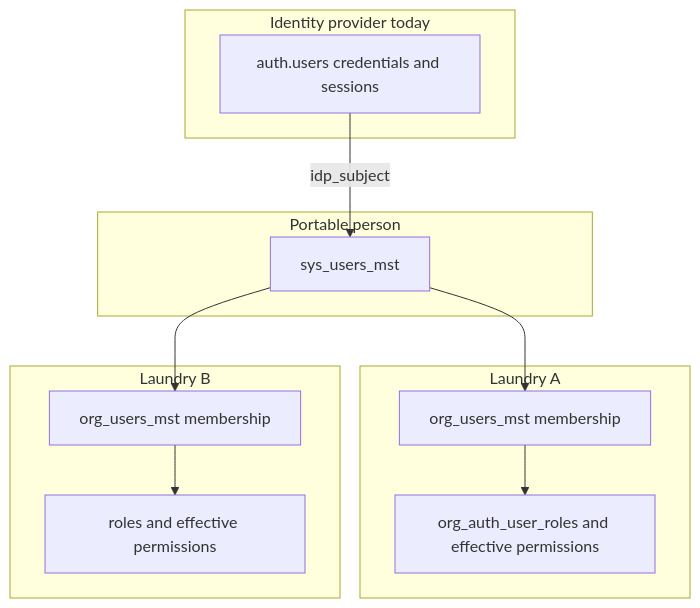
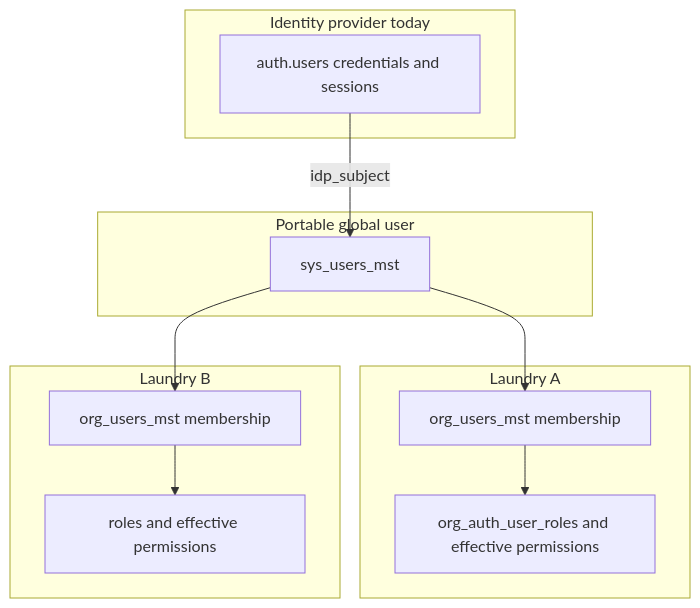
The diagram in docs/features/Tenants_Users/PLAN.md (GhAli21/cleanmatex), drawn with Mermaid before and after one commit. The commit also changed other lines of this file and 89 other files, not shown here.

Commit message:
12_11_2026_1_3 in impl Enhanced Users and global user and Tax_Config Setup_Health Service_Speeds and Continue In Order Edit V2 in Line_Level_Money_Snapshot and Reusable_Order_Fin_View plans

````diff
--- a/docs/features/Tenants_Users/PLAN.md
+++ b/docs/features/Tenants_Users/PLAN.md
@@ -22,22 +30,22 @@
 ```mermaid
 flowchart TB
   subgraph idp [Identity provider today]
     AuthUsers["auth.users credentials and sessions"]
   end
-  subgraph portable [Portable person]
+  subgraph portable [Portable global user]
     SysUser["sys_users_mst"]
   end
   subgraph laundryA [Laundry A]
     MemA["org_users_mst membership"]
     RolesA["org_auth_user_roles and effective permissions"]
   end
   subgraph laundryB [Laundry B]
     MemB["org_users_mst membership"]
     RolesB["roles and effective permissions"]
   end
   AuthUsers -->|"idp_subject"| SysUser
   SysUser --> MemA
   SysUser --> MemB
   MemA --> RolesA
   MemB --> RolesB
 ```
````
